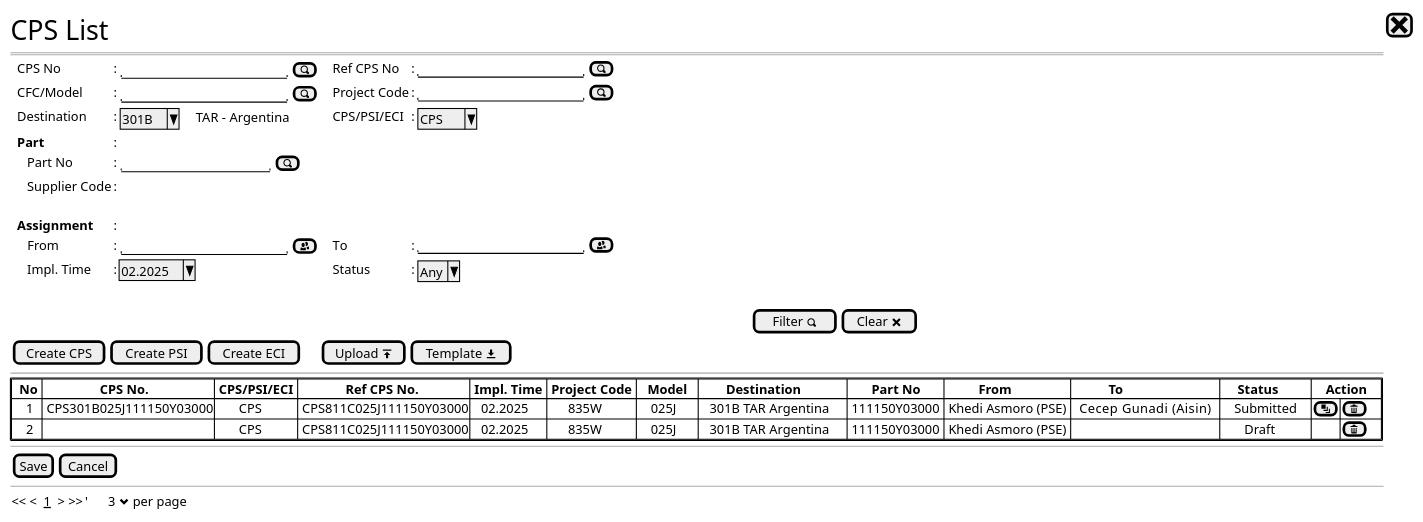
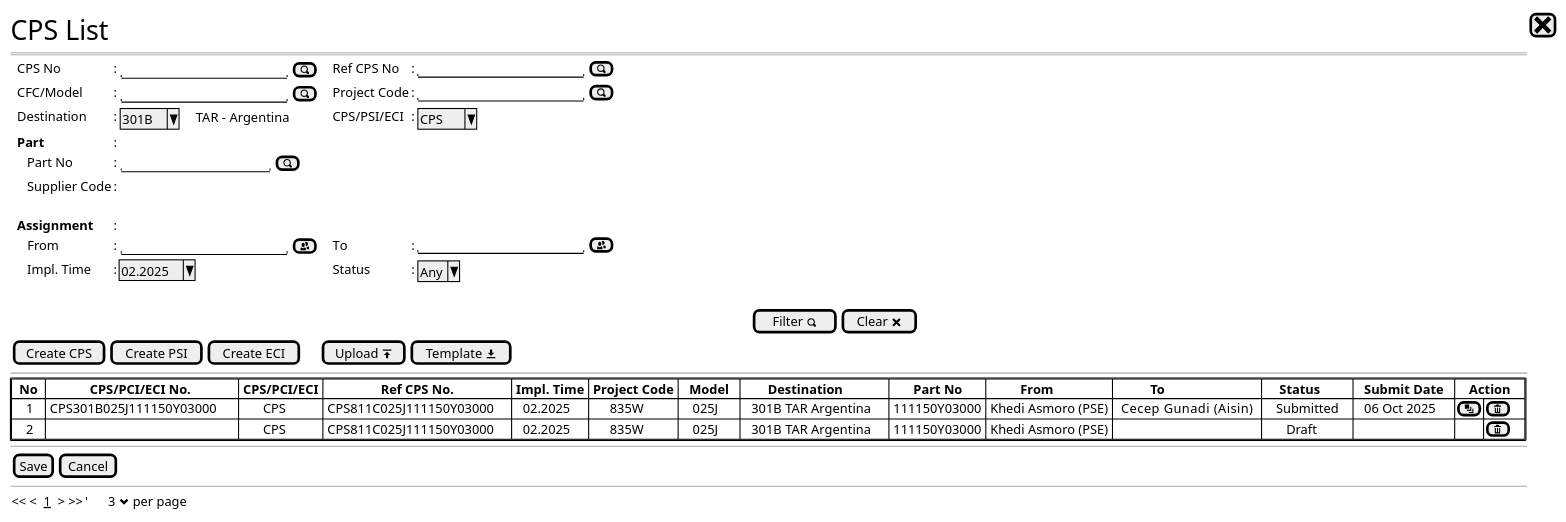
The diagram in CPS PSE scenario/cps - new step0b (pse).puml (ari-fikri/packing-cost-mockup), drawn with PlantUML before and after one commit. The commit also changed 12 other files, not shown here.

```diff
--- a/CPS PSE scenario/cps - new step0b (pse).puml
+++ b/CPS PSE scenario/cps - new step0b (pse).puml
@@ -12,38 +12,38 @@
 @startsalt
 {
   <size:25>CPS List |[<size:25><&x>]|*
   ==
   {
     .|CPS No              |: {|"                   "|[<&magnifying-glass>] |}.|.|Ref CPS No          |: |"                   "|[<&magnifying-glass>]|*
     .|CFC/Model           |: {|"                   "|[<&magnifying-glass>] |}.|.|Project Code        |: |"                   "|[<&magnifying-glass>]|*
     .|Destination         |: {|^301B ^|    TAR - Argentina |}                .|.|CPS/PSI/ECI         |: {|^ CPS ^             |}*
     .|<b>Part          |: |*
     .|   Part No             |: {|"                 "|[<&magnifying-glass>]|}*
     .|   Supplier Code       |: {|                  |}*    
     .
     .|<b>Assignment          |: |*
     .|   From                |: {|"                   "|[<&people>]           |}.|.|To                  |: |"                   "|[<&people>]|*    
     .|   Impl. Time          |: |^02.2025^     |.|.|Status        |: {| ^Any^ |}*    
   }
   .
   {|                                                                                                                                                                                                                             |[Filter <&magnifying-glass>]|[Clear <&x>]|}
     {[Create CPS] | [Create PSI]|[Create ECI]|.|.                |.           |                        [Upload <&data-transfer-upload>]| [Template <&data-transfer-download>]|} *
     --
     {+
       {#
         '|<b> CPS No. |<b> Ref CPS No. |<b>DPI No|<b> Issued Date|<b>Effective Date|<b> CFC/Pjt   |<b> Model  |<b> # Parts        |<b> From               |<b> To                 |<b> Status       |<b>  Action   |*|*|*
-        |  <b>No |                 <b>CPS No.                 | <b>CPS/PSI/ECI |              <b>Ref CPS No.              | <b>Impl. Time | <b>Project Code |   <b>Model   |        <b>Destination        |      <b> Part No      |          <b>From          |           <b>To           |     <b>Status     |    <b>Action    |*|*
-        |    1   | CPS301B025J111150Y03000                    |       CPS      | CPS811C025J111150Y03000                        |   02.2025     |      835W       |    025J      |   301B TAR Argentina           | 111150Y03000          | Khedi Asmoro (PSE)        |  Cecep Gunadi (Aisin)     |    Submitted    |[<&layers>]|[<&trash>]|*
-        |    2   |.                                           |       CPS      | CPS811C025J111150Y03000                        |   02.2025     |      835W       |    025J      |   301B TAR Argentina           | 111150Y03000          | Khedi Asmoro (PSE)        |.                          |       Draft     |.|[<&trash>]|*
+        |  <b>No  |             <b>CPS/PCI/ECI No.              | <b>CPS/PCI/ECI |                 <b>Ref CPS No.                 | <b>Impl. Time | <b>Project Code |   <b>Model   |        <b>Destination        |      <b> Part No      |          <b>From          |           <b>To           |     <b>Status     |   <b>Submit Date   |    <b>Action    |*|*
+        |    1   | CPS301B025J111150Y03000                    |       CPS      | CPS811C025J111150Y03000                        |   02.2025     |      835W       |    025J      |   301B TAR Argentina           | 111150Y03000          | Khedi Asmoro (PSE)        |  Cecep Gunadi (Aisin)     |    Submitted      |   06 Oct 2025     |[<&layers>]|[<&trash>]|*
+        |    2   |.                                           |       CPS      | CPS811C025J111150Y03000                        |   02.2025     |      835W       |    025J      |   301B TAR Argentina           | 111150Y03000          | Khedi Asmoro (PSE)        |.                          |       Draft       |.                  |.          |[<&trash>]|*
       
     }
 
   }
   --
   {[Save] | [Cancel]|}*
   --
   {
   << <  __1__  > >>  |'      3 <&chevron-bottom> per page |*
   }  
 }
 @endsalt
```
